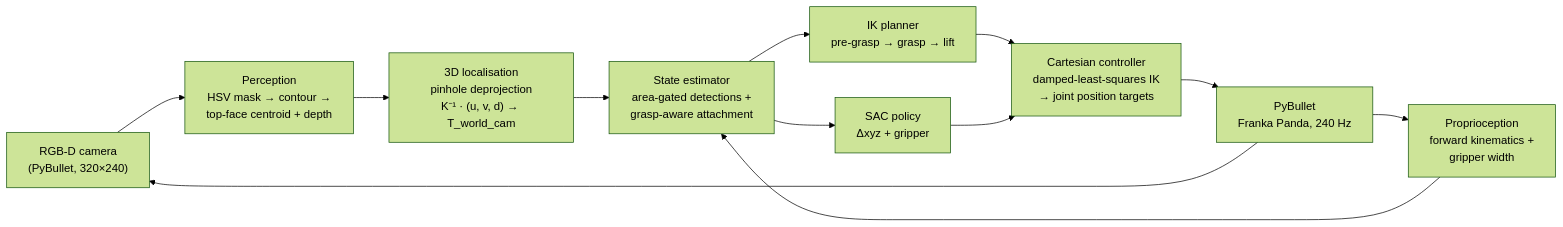
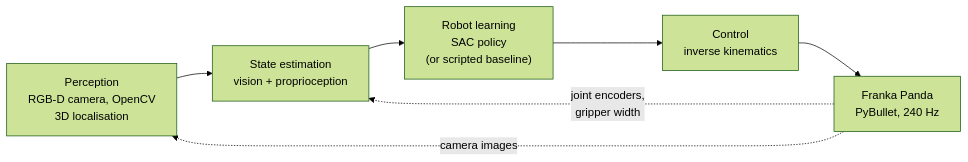
One commit to SEVT-Logistics-Private-Limited/My-AI-Engineering-Journey changed the diagram in projects/vision-rl-pickplace/README.md. Above: the diagram before and after it, drawn with Mermaid (forest theme). The commit also changed other lines of this file and 1 other file, not shown here.

````diff
--- a/projects/vision-rl-pickplace/README.md
+++ b/projects/vision-rl-pickplace/README.md
@@ -77,14 +109,9 @@
 ```mermaid
 flowchart LR
-    CAM["RGB-D camera<br/>(PyBullet, 320×240)"] --> PER["Perception<br/>HSV mask → contour →<br/>top-face centroid + depth"]
-    PER --> LOC["3D localisation<br/>pinhole deprojection<br/>K⁻¹ · (u, v, d) → T_world_cam"]
-    LOC --> EST["State estimator<br/>area-gated detections +<br/>grasp-aware attachment"]
-    PROP["Proprioception<br/>forward kinematics +<br/>gripper width"] --> EST
-    EST --> IK["IK planner<br/>pre-grasp → grasp → lift"]
-    EST --> RL["SAC policy<br/>Δxyz + gripper"]
-    IK --> CTRL["Cartesian controller<br/>damped-least-squares IK<br/>→ joint position targets"]
-    RL --> CTRL
-    CTRL --> SIM["PyBullet<br/>Franka Panda, 240 Hz"]
-    SIM --> CAM
-    SIM --> PROP
+    PER["Perception<br/>RGB-D camera, OpenCV<br/>3D localisation"] --> EST["State estimation<br/>vision + proprioception"]
+    EST --> DEC["Robot learning<br/>SAC policy<br/>(or scripted baseline)"]
+    DEC --> CTRL["Control<br/>inverse kinematics"]
+    CTRL --> ROB["Franka Panda<br/>PyBullet, 240 Hz"]
+    ROB -. "camera images" .-> PER
+    ROB -. "joint encoders,<br/>gripper width" .-> EST
 ```
````
